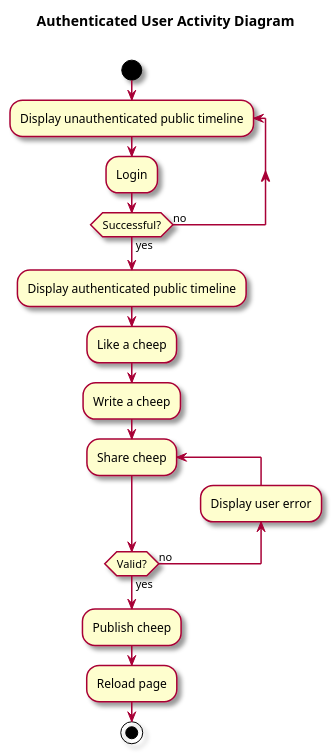
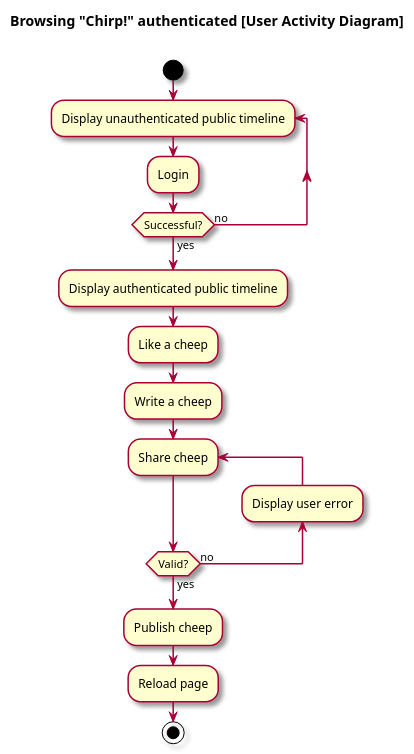
Before and after one commit to ITU-BDSA-GROUP5/Chirp: the diagram in docs/sections/user-activity-diagrams/authenticated-public-timeline.puml, drawn with PlantUML. The commit also changed 4 other files, not shown here.

```diff
--- a/docs/sections/user-activity-diagrams/authenticated-public-timeline.puml
+++ b/docs/sections/user-activity-diagrams/authenticated-public-timeline.puml
@@ -1,32 +1,32 @@
 @startuml
 
 skin rose
 
-title Authenticated User Activity Diagram \n
+title Browsing "Chirp!" authenticated [User Activity Diagram] \n
 
 start
 
 repeat :Display unauthenticated public timeline;
 
   :Login;
 
+
 repeat while (Successful?) is (no) not (yes)
 
 :Display authenticated public timeline;
-
 
 :Like a cheep;
   
 :Write a cheep;
 
 repeat :Share cheep;
   Backward:Display user error;
 repeat while (Valid?) is (no) not (yes)
 
 :Publish cheep;
 
 :Reload page;
 
 stop
 
 @enduml
```
